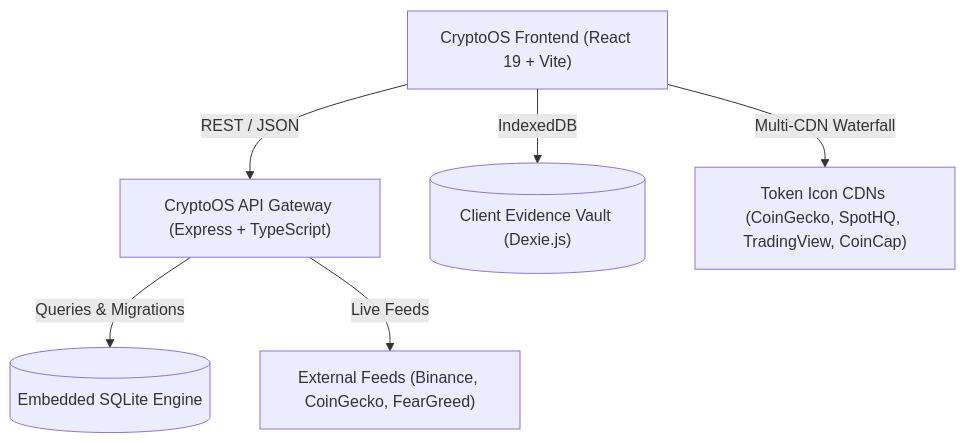
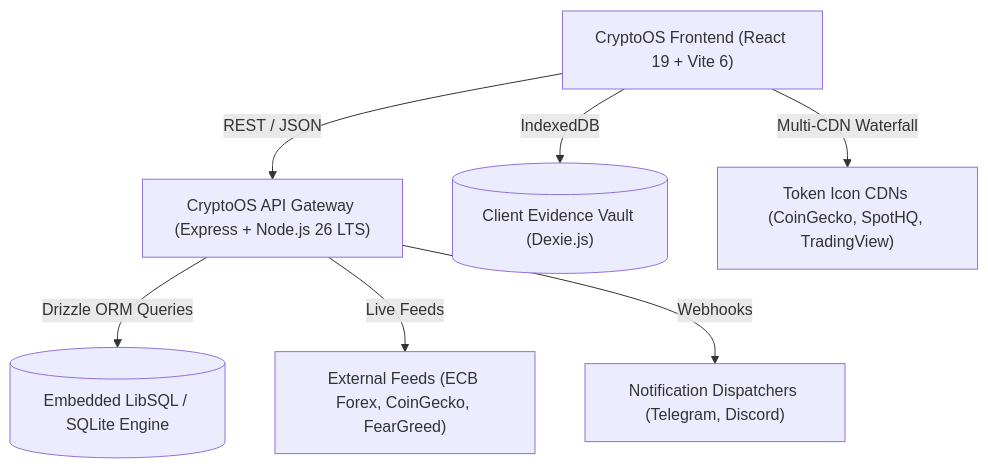
Before and after one commit to ilhamrizanto/CryptoOS: the diagram in README.md, drawn with Mermaid. The commit also changed other lines of this file and 23 other files, not shown here.

Commit message:
feat: add backend API specifications and initial frontend pages and components

````diff
--- a/README.md
+++ b/README.md
@@ -68,8 +84,9 @@
 ```mermaid
 graph TD
-    Client["CryptoOS Frontend (React 19 + Vite)"] -->|"REST / JSON"| Server["CryptoOS API Gateway (Express + TypeScript)"]
-    Server -->|"Queries & Migrations"| DB[("Embedded SQLite Engine")]
-    Server -->|"Live Feeds"| MarketFeeds["External Feeds (Binance, CoinGecko, FearGreed)"]
+    Client["CryptoOS Frontend (React 19 + Vite 6)"] -->|"REST / JSON"| Server["CryptoOS API Gateway (Express + Node.js 26 LTS)"]
+    Server -->|"Drizzle ORM Queries"| DB[("Embedded LibSQL / SQLite Engine")]
+    Server -->|"Live Feeds"| MarketFeeds["External Feeds (ECB Forex, CoinGecko, FearGreed)"]
+    Server -->|"Webhooks"| WebhookDispatchers["Notification Dispatchers (Telegram, Discord)"]
     Client -->|"IndexedDB"| ClientDB[("Client Evidence Vault (Dexie.js)")]
-    Client -->|"Multi-CDN Waterfall"| CDNs["Token Icon CDNs (CoinGecko, SpotHQ, TradingView, CoinCap)"]
+    Client -->|"Multi-CDN Waterfall"| CDNs["Token Icon CDNs (CoinGecko, SpotHQ, TradingView)"]
 ```
````
